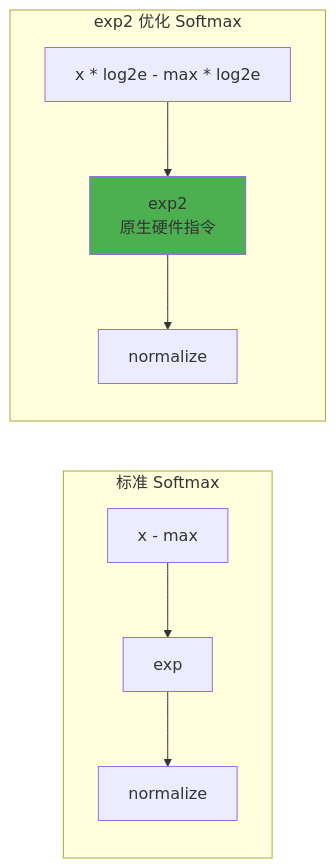
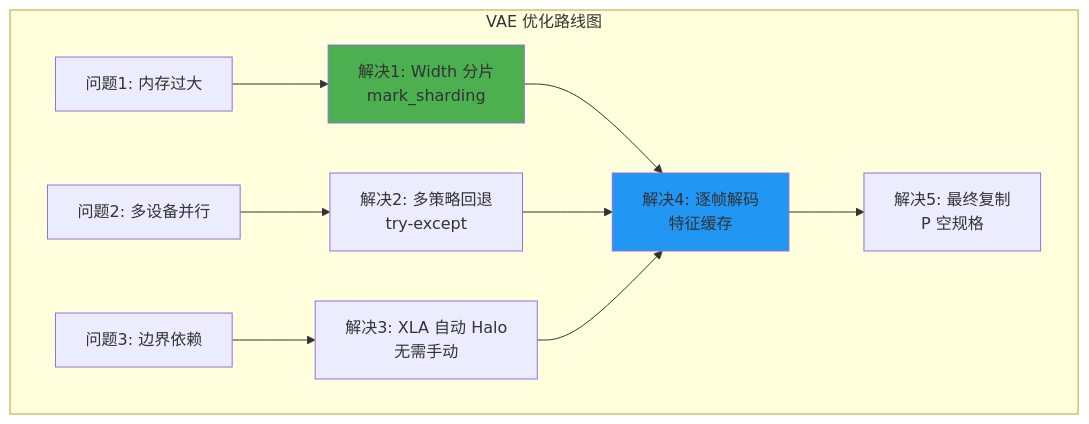
Diagram 13 of 16 in tpu/Wan2.2/wan_tpu_optimization_guide.md (yangwhale/gpu-tpu-pedia), drawn with Mermaid before and after one commit. The commit also changed other lines of this file, not shown here.

First line of the commit message:
深度重写第四、五章：Splash Attention 内核优化与 VAE Torchax 并行设计

````diff
--- a/tpu/Wan2.2/wan_tpu_optimization_guide.md
+++ b/tpu/Wan2.2/wan_tpu_optimization_guide.md
@@ -423,19 +1408,24 @@
 ```mermaid
-graph LR
-    subgraph "标准 Softmax"
-        S1[x - max]
-        E1[exp]
-        N1[normalize]
+graph TB
+    subgraph "VAE 优化路线图"
+        P1[问题1: 内存过大]
+        P2[问题2: 多设备并行]
+        P3[问题3: 边界依赖]
+        
+        S1[解决1: Width 分片<br/>mark_sharding]
+        S2[解决2: 多策略回退<br/>try-except]
+        S3[解决3: XLA 自动 Halo<br/>无需手动]
+        
+        S4[解决4: 逐帧解码<br/>特征缓存]
+        S5[解决5: 最终复制<br/>P 空规格]
     end
     
-    subgraph "exp2 优化 Softmax"
-        S2[x * log2e - max * log2e]
-        E2[exp2<br/>原生硬件指令]
-        N2[normalize]
-    end
+    P1 --> S1
+    P2 --> S2
+    P3 --> S3
+    S1 & S2 & S3 --> S4
+    S4 --> S5
     
-    S1 --> E1 --> N1
-    S2 --> E2 --> N2
-    
-    style E2 fill:#4caf50
+    style S1 fill:#4caf50
+    style S4 fill:#2196f3
 ```
````
